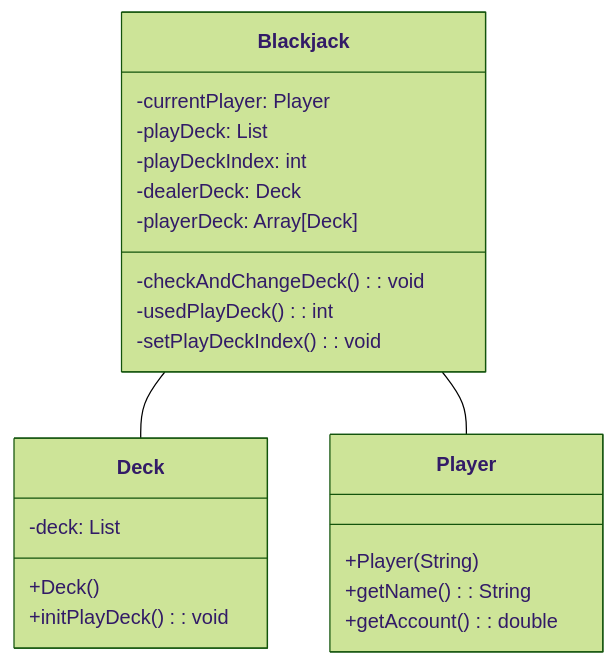
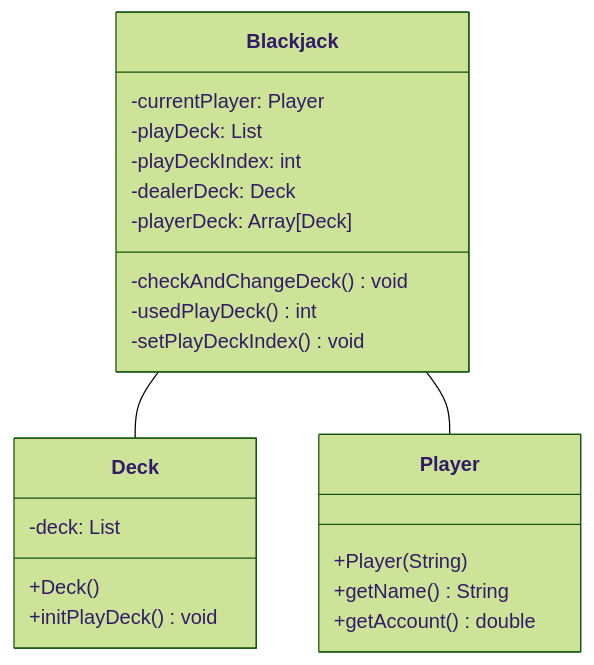
The third of 6 diagrams in Relazione.md (MatteoCalvanico/pss23-Calvanico-Monti-Ghinelli-VirtualCasino), drawn with Mermaid (forest theme) before and after one commit. The commit also changed other lines of this file, not shown here.

````diff
--- a/Relazione.md
+++ b/Relazione.md
@@ -166,28 +166,28 @@
 ```mermaid
 classDiagram
 class Blackjack{
     -currentPlayer: Player
     -playDeck: List<Deck>
     -playDeckIndex: int
     -dealerDeck: Deck
     -playerDeck: Array[Deck]
-    -checkAndChangeDeck(): void
-    -usedPlayDeck(): int
-    -setPlayDeckIndex(): void
+    -checkAndChangeDeck() void
+    -usedPlayDeck() int
+    -setPlayDeckIndex() void
 }
 
 class Deck{
     -deck: List<Card>
     +Deck()
-    +initPlayDeck(): void
+    +initPlayDeck() void
 }
 
 class Player{
     +Player(String)
-    +getName(): String
-    +getAccount(): double
+    +getName() String
+    +getAccount() double
 }
 
 Blackjack -- Deck
 Blackjack -- Player
 ```
````
